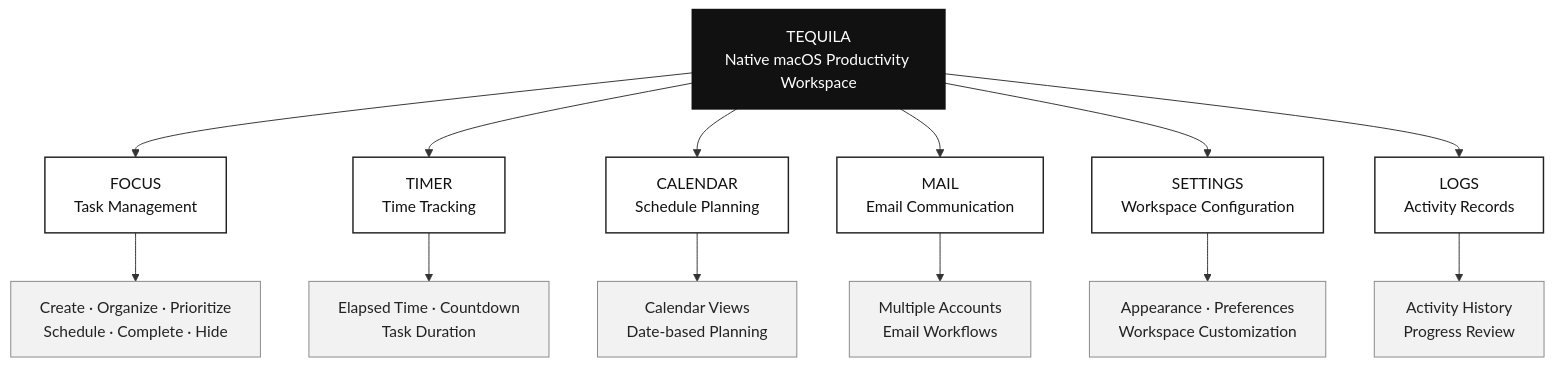
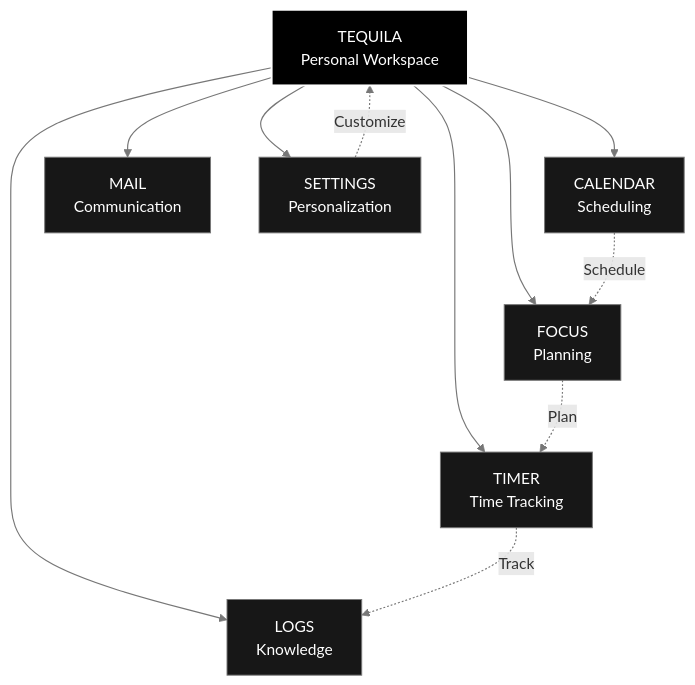
Before and after one commit to caiyuyou1227-glitch/tequila: the first of 3 diagrams in README.md, drawn with Mermaid. The commit also changed other lines of this file, not shown here.

````diff
--- a/README.md
+++ b/README.md
@@ -63,27 +47,24 @@
 ```mermaid
-%%{init: {"theme":"base","themeVariables":{"background":"#FFFFFF","primaryColor":"#FFFFFF","primaryTextColor":"#111111","primaryBorderColor":"#222222","lineColor":"#333333","secondaryColor":"#F2F2F2","tertiaryColor":"#FFFFFF","clusterBkg":"#FFFFFF","clusterBorder":"#222222","edgeLabelBackground":"#FFFFFF","fontFamily":"Arial"}}}%%
-flowchart TB
-    A["TEQUILA<br/>Native macOS Productivity Workspace"]
+flowchart TD
+    A["TEQUILA<br/>Personal Workspace"]
 
-    A --> B["FOCUS<br/>Task Management"]
+    A --> B["FOCUS<br/>Planning"]
     A --> C["TIMER<br/>Time Tracking"]
-    A --> D["CALENDAR<br/>Schedule Planning"]
-    A --> E["MAIL<br/>Email Communication"]
-    A --> F["SETTINGS<br/>Workspace Configuration"]
-    A --> G["LOGS<br/>Activity Records"]
+    A --> D["CALENDAR<br/>Scheduling"]
+    A --> E["MAIL<br/>Communication"]
+    A --> F["SETTINGS<br/>Personalization"]
+    A --> G["LOGS<br/>Knowledge"]
 
-    B --> H["Create · Organize · Prioritize<br/>Schedule · Complete · Hide"]
-    C --> I["Elapsed Time · Countdown<br/>Task Duration"]
-    D --> J["Calendar Views<br/>Date-based Planning"]
-    E --> K["Multiple Accounts<br/>Email Workflows"]
-    F --> L["Appearance · Preferences<br/>Workspace Customization"]
-    G --> M["Activity History<br/>Progress Review"]
+    B -. "Plan" .-> C
+    C -. "Track" .-> G
+    D -. "Schedule" .-> B
+    F -. "Customize" .-> A
 
-    classDef main fill:#111111,color:#FFFFFF,stroke:#111111,stroke-width:2px;
-    classDef module fill:#FFFFFF,color:#111111,stroke:#222222,stroke-width:1.5px;
-    classDef detail fill:#F2F2F2,color:#222222,stroke:#888888,stroke-width:1px;
+    classDef core fill:#000000,stroke:#FFFFFF,color:#FFFFFF,stroke-width:2px
+    classDef module fill:#171717,stroke:#777777,color:#FFFFFF,stroke-width:1px
 
-    class A main;
-    class B,C,D,E,F,G module;
-    class H,I,J,K,L,M detail;
+    class A core
+    class B,C,D,E,F,G module
+
+    linkStyle default stroke:#777777,stroke-width:1.2px
 ```
````
